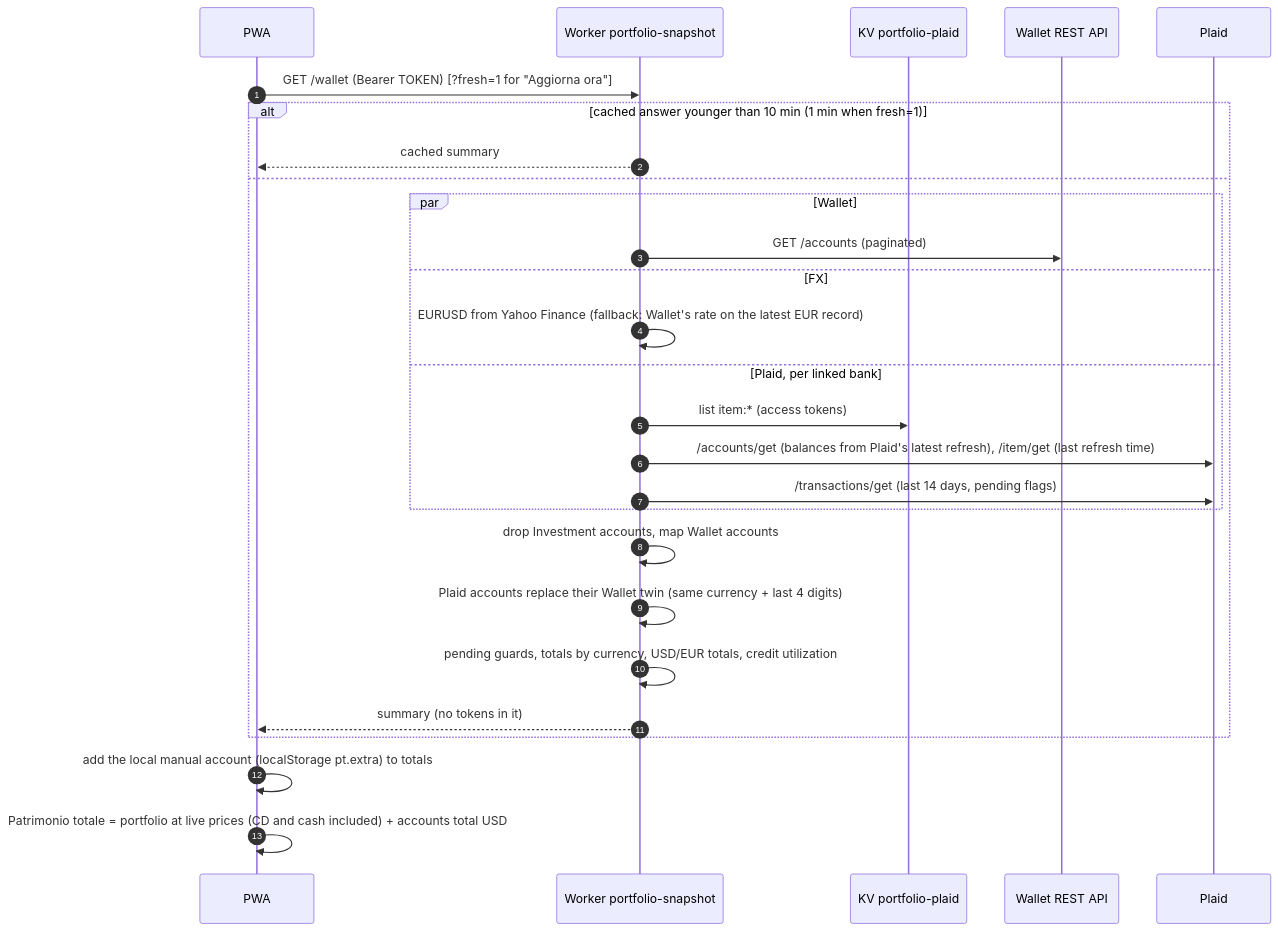
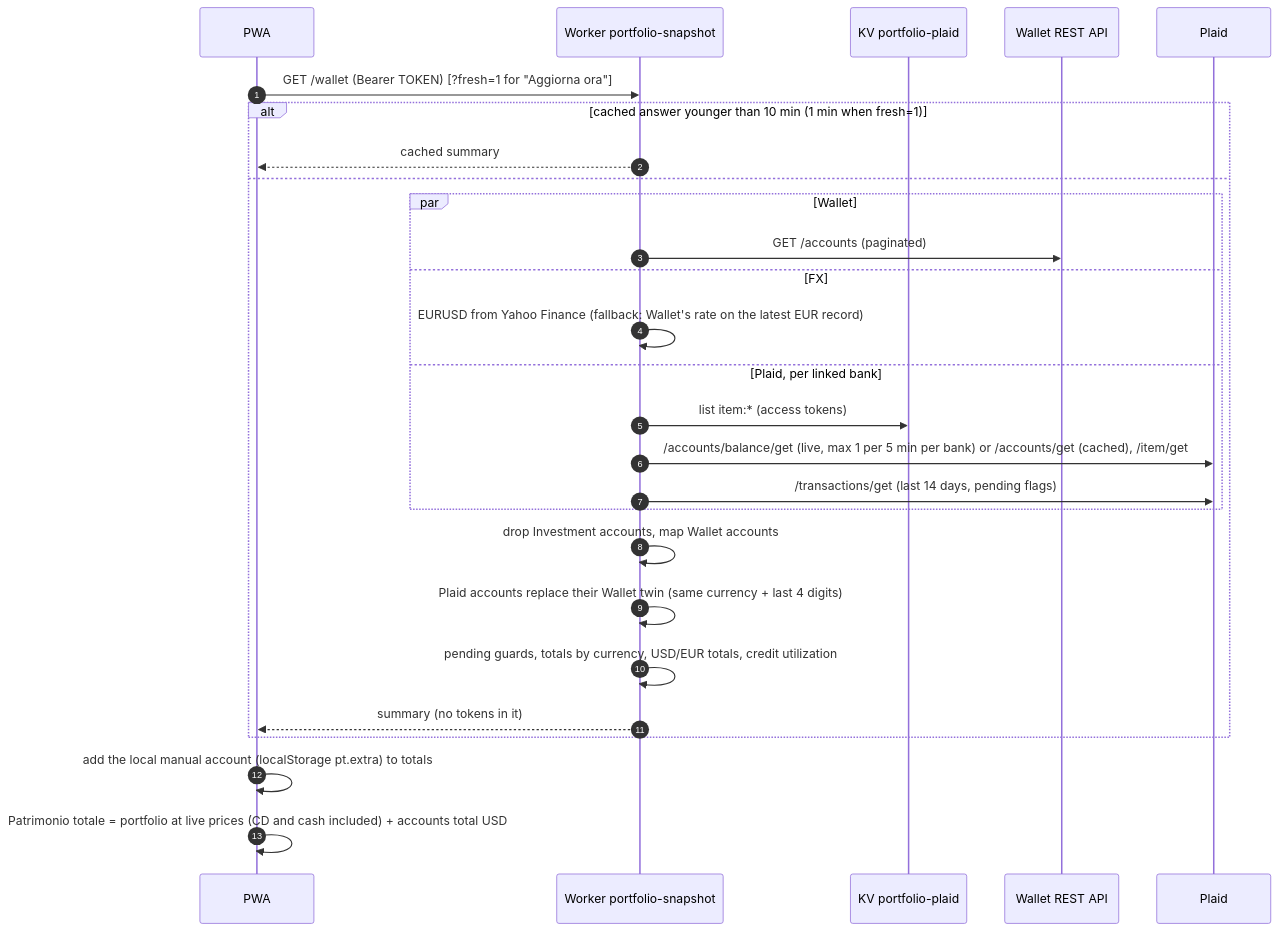
Before and after one commit to brunohp89/portfolio-tracker: the third of 4 diagrams in docs/ARCHITECTURE.md, drawn with Mermaid. The commit also changed other lines of this file and 2 other files, not shown here.

First line of the commit message:
Bring back real-time Plaid balances within the rate limit

````diff
--- a/docs/ARCHITECTURE.md
+++ b/docs/ARCHITECTURE.md
@@ -171,29 +171,29 @@
 ```mermaid
 sequenceDiagram
   autonumber
   participant P as PWA
   participant W as Worker portfolio-snapshot
   participant K as KV portfolio-plaid
   participant B as Wallet REST API
   participant L as Plaid
   P->>W: GET /wallet (Bearer TOKEN) [?fresh=1 for "Aggiorna ora"]
   alt cached answer younger than 10 min (1 min when fresh=1)
     W-->>P: cached summary
   else
     par Wallet
       W->>B: GET /accounts (paginated)
     and FX
       W->>W: EURUSD from Yahoo Finance (fallback: Wallet's rate on the latest EUR record)
     and Plaid, per linked bank
       W->>K: list item:* (access tokens)
-      W->>L: /accounts/get (balances from Plaid's latest refresh), /item/get (last refresh time)
+      W->>L: /accounts/balance/get (live, max 1 per 5 min per bank) or /accounts/get (cached), /item/get
       W->>L: /transactions/get (last 14 days, pending flags)
     end
     W->>W: drop Investment accounts, map Wallet accounts
     W->>W: Plaid accounts replace their Wallet twin (same currency + last 4 digits)
     W->>W: pending guards, totals by currency, USD/EUR totals, credit utilization
     W-->>P: summary (no tokens in it)
   end
   P->>P: add the local manual account (localStorage pt.extra) to totals
   P->>P: Patrimonio totale = portfolio at live prices (CD and cash included) + accounts total USD
 ```
````
